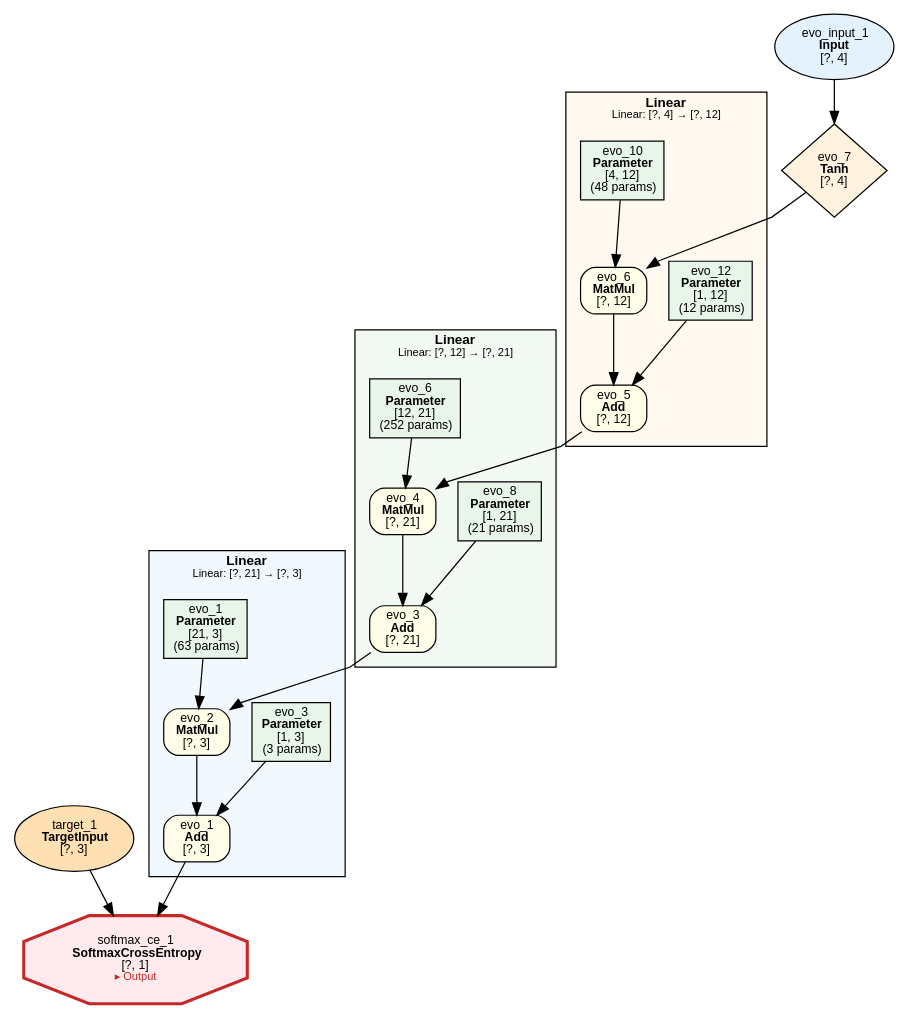
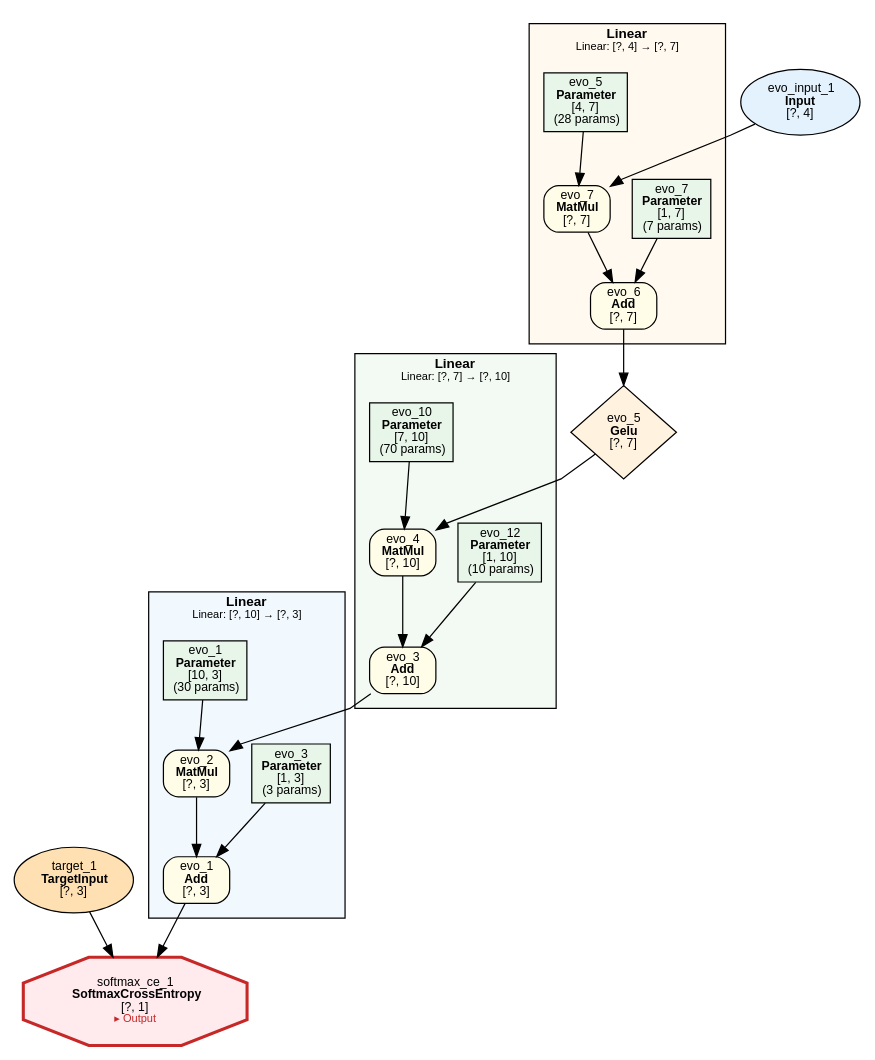
One commit to dbsxdbsx/only_torch changed the diagram in examples/evolution/iris/evolution_iris.dot. Above: the diagram before and after it, drawn with Graphviz. The commit also changed 19 other files, not shown here.

```diff
--- a/examples/evolution/iris/evolution_iris.dot
+++ b/examples/evolution/iris/evolution_iris.dot
@@ -1,67 +1,67 @@
 digraph ComputeGraph {
     rankdir=TB;
     newrank=true;
     splines=polyline;
     node [fontname="Microsoft YaHei,SimHei,Arial"];
     edge [fontname="Microsoft YaHei,SimHei,Arial"];
 
     subgraph cluster_group_linear_0 {
-        label=<<B>Linear</B><BR/><FONT POINT-SIZE="9">Linear: [?, 21] → [?, 3]</FONT>>;
+        label=<<B>Linear</B><BR/><FONT POINT-SIZE="9">Linear: [?, 10] → [?, 3]</FONT>>;
         style=filled;
         fillcolor="#E3F2FD80";
         fontname="Microsoft YaHei,SimHei,Arial";
         fontsize=11;
         margin=12;
             "2" [label=<evo_1<BR/><B>Add</B><BR/>[?, 3]> shape=box style="filled,rounded" fillcolor="#FFFDE7" fontsize=10];
             "4" [label=<evo_2<BR/><B>MatMul</B><BR/>[?, 3]> shape=box style="filled,rounded" fillcolor="#FFFDE7" fontsize=10];
             "5" [label=<evo_3<BR/><B>Parameter</B><BR/>[1, 3]<BR/>(3 params)> shape=box style=filled fillcolor="#E8F5E9" fontsize=10];
-            "7" [label=<evo_1<BR/><B>Parameter</B><BR/>[21, 3]<BR/>(63 params)> shape=box style=filled fillcolor="#E8F5E9" fontsize=10];
+            "7" [label=<evo_1<BR/><B>Parameter</B><BR/>[10, 3]<BR/>(30 params)> shape=box style=filled fillcolor="#E8F5E9" fontsize=10];
     }
 
-    subgraph cluster_group_linear_1 {
-        label=<<B>Linear</B><BR/><FONT POINT-SIZE="9">Linear: [?, 12] → [?, 21]</FONT>>;
+    subgraph cluster_group_linear_2 {
+        label=<<B>Linear</B><BR/><FONT POINT-SIZE="9">Linear: [?, 7] → [?, 10]</FONT>>;
         style=filled;
         fillcolor="#E8F5E980";
         fontname="Microsoft YaHei,SimHei,Arial";
         fontsize=11;
         margin=12;
-            "6" [label=<evo_3<BR/><B>Add</B><BR/>[?, 21]> shape=box style="filled,rounded" fillcolor="#FFFDE7" fontsize=10];
-            "8" [label=<evo_4<BR/><B>MatMul</B><BR/>[?, 21]> shape=box style="filled,rounded" fillcolor="#FFFDE7" fontsize=10];
-            "9" [label=<evo_8<BR/><B>Parameter</B><BR/>[1, 21]<BR/>(21 params)> shape=box style=filled fillcolor="#E8F5E9" fontsize=10];
-            "11" [label=<evo_6<BR/><B>Parameter</B><BR/>[12, 21]<BR/>(252 params)> shape=box style=filled fillcolor="#E8F5E9" fontsize=10];
+            "6" [label=<evo_3<BR/><B>Add</B><BR/>[?, 10]> shape=box style="filled,rounded" fillcolor="#FFFDE7" fontsize=10];
+            "8" [label=<evo_4<BR/><B>MatMul</B><BR/>[?, 10]> shape=box style="filled,rounded" fillcolor="#FFFDE7" fontsize=10];
+            "9" [label=<evo_12<BR/><B>Parameter</B><BR/>[1, 10]<BR/>(10 params)> shape=box style=filled fillcolor="#E8F5E9" fontsize=10];
+            "11" [label=<evo_10<BR/><B>Parameter</B><BR/>[7, 10]<BR/>(70 params)> shape=box style=filled fillcolor="#E8F5E9" fontsize=10];
     }
 
-    subgraph cluster_group_linear_2 {
-        label=<<B>Linear</B><BR/><FONT POINT-SIZE="9">Linear: [?, 4] → [?, 12]</FONT>>;
+    subgraph cluster_group_linear_1 {
+        label=<<B>Linear</B><BR/><FONT POINT-SIZE="9">Linear: [?, 4] → [?, 7]</FONT>>;
         style=filled;
         fillcolor="#FFF3E080";
         fontname="Microsoft YaHei,SimHei,Arial";
         fontsize=11;
         margin=12;
-            "10" [label=<evo_5<BR/><B>Add</B><BR/>[?, 12]> shape=box style="filled,rounded" fillcolor="#FFFDE7" fontsize=10];
-            "12" [label=<evo_6<BR/><B>MatMul</B><BR/>[?, 12]> shape=box style="filled,rounded" fillcolor="#FFFDE7" fontsize=10];
-            "13" [label=<evo_12<BR/><B>Parameter</B><BR/>[1, 12]<BR/>(12 params)> shape=box style=filled fillcolor="#E8F5E9" fontsize=10];
-            "15" [label=<evo_10<BR/><B>Parameter</B><BR/>[4, 12]<BR/>(48 params)> shape=box style=filled fillcolor="#E8F5E9" fontsize=10];
+            "12" [label=<evo_6<BR/><B>Add</B><BR/>[?, 7]> shape=box style="filled,rounded" fillcolor="#FFFDE7" fontsize=10];
+            "13" [label=<evo_7<BR/><B>MatMul</B><BR/>[?, 7]> shape=box style="filled,rounded" fillcolor="#FFFDE7" fontsize=10];
+            "14" [label=<evo_7<BR/><B>Parameter</B><BR/>[1, 7]<BR/>(7 params)> shape=box style=filled fillcolor="#E8F5E9" fontsize=10];
+            "16" [label=<evo_5<BR/><B>Parameter</B><BR/>[4, 7]<BR/>(28 params)> shape=box style=filled fillcolor="#E8F5E9" fontsize=10];
     }
 
     "1" [label=<softmax_ce_1<BR/><B>SoftmaxCrossEntropy</B><BR/>[?, 1]<BR/><FONT COLOR="#C62828" POINT-SIZE="9">▸ Output</FONT>> shape=octagon style=filled fillcolor="#FFEBEE" fontsize=10 penwidth=2.5 color="#C62828"];
     "3" [label=<target_1<BR/><B>TargetInput</B><BR/>[?, 3]> shape=ellipse style=filled fillcolor="#FFE0B2" fontsize=10];
-    "14" [label=<evo_7<BR/><B>Tanh</B><BR/>[?, 4]> shape=diamond style=filled fillcolor="#FFF3E0" fontsize=10];
-    "16" [label=<evo_input_1<BR/><B>Input</B><BR/>[?, 4]> shape=ellipse style=filled fillcolor="#E3F2FD" fontsize=10];
+    "10" [label=<evo_5<BR/><B>Gelu</B><BR/>[?, 7]> shape=diamond style=filled fillcolor="#FFF3E0" fontsize=10];
+    "15" [label=<evo_input_1<BR/><B>Input</B><BR/>[?, 4]> shape=ellipse style=filled fillcolor="#E3F2FD" fontsize=10];
 
     "2" -> "1";
     "3" -> "1";
     "4" -> "2";
     "5" -> "2";
     "6" -> "4";
     "7" -> "4";
     "8" -> "6";
     "9" -> "6";
     "10" -> "8";
     "11" -> "8";
     "12" -> "10";
-    "13" -> "10";
+    "13" -> "12";
     "14" -> "12";
-    "15" -> "12";
-    "16" -> "14";
+    "15" -> "13";
+    "16" -> "13";
 }
```
